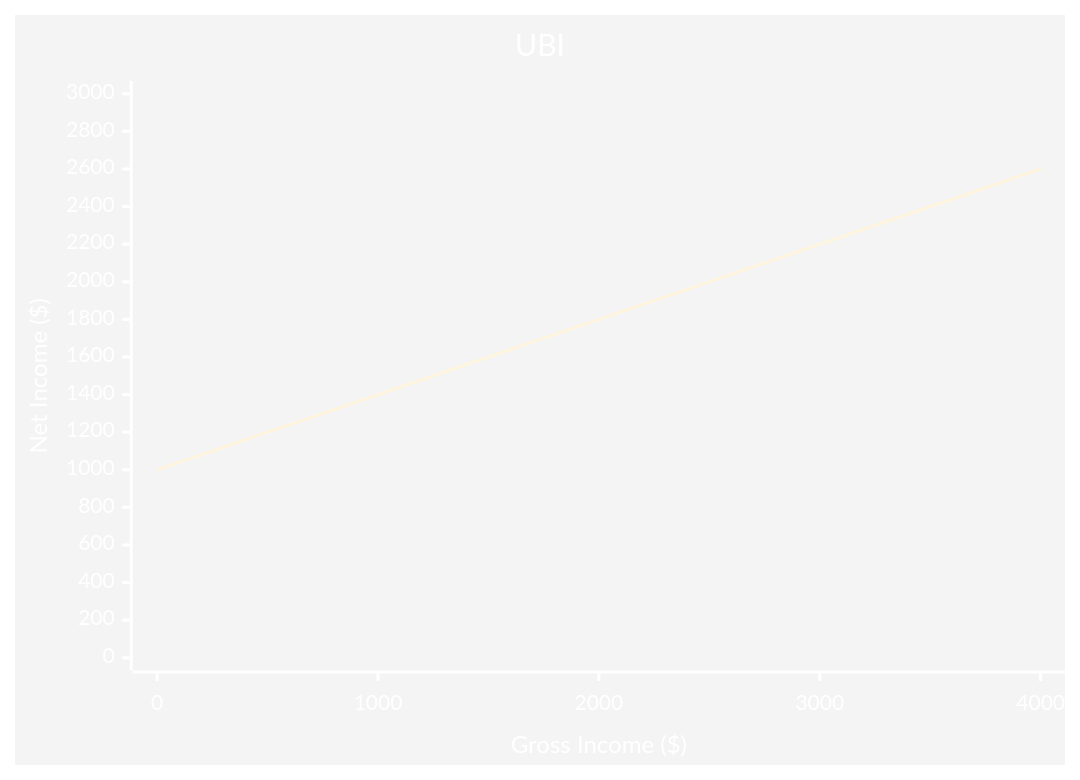
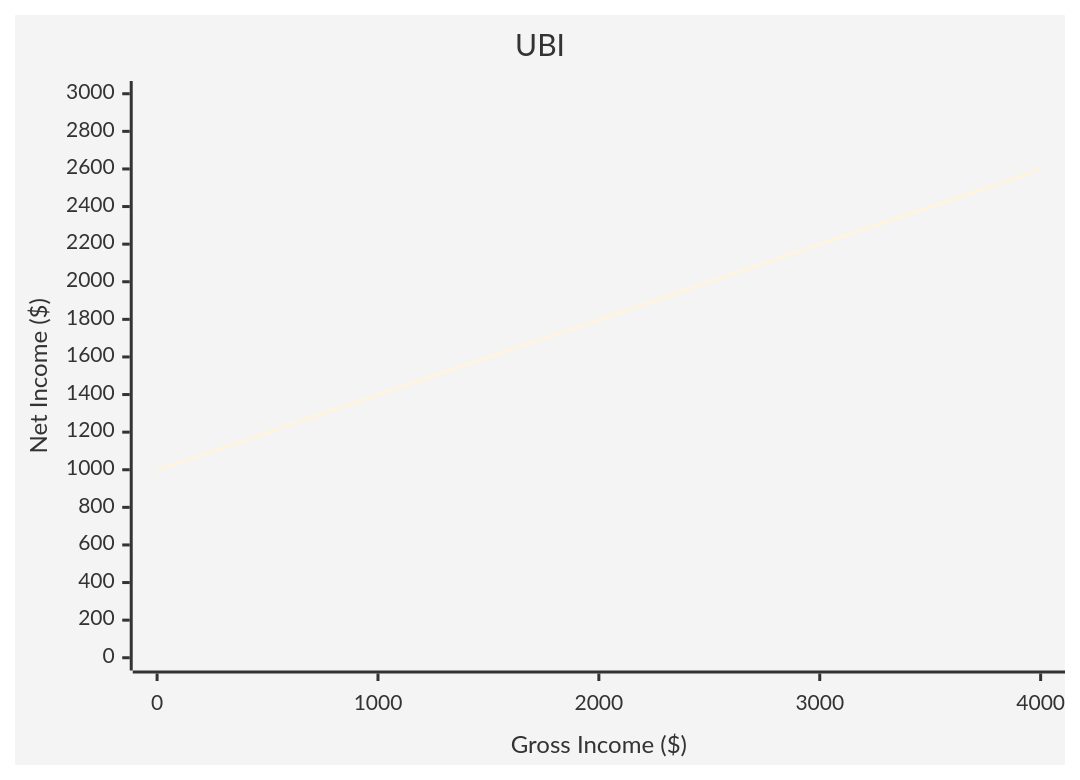
The third of 4 diagrams in notes/economy/justice.md (sergey-shandar/public), drawn with Mermaid before and after one commit. The commit also changed other lines of this file, not shown here.

Commit message:
Based on the git diff, I can see that color theming was added to the Mermaid charts in the justice.md file. Each chart now has a `%%{init: {"theme": "base", "themeVariables": {"primaryColor": "#<color>"}}}%%` directive with different colors.

````diff
--- a/notes/economy/justice.md
+++ b/notes/economy/justice.md
@@ -40,8 +40,8 @@
 ```mermaid
-%%{init: {'theme':'base', 'themeVariables': {'primaryColor':'#45b7d1', 'primaryTextColor':'#fff', 'primaryBorderColor':'#45b7d1', 'lineColor':'#5490cc', 'secondaryColor':'#ffda79', 'tertiaryColor':'#fff'}}}%%
+%%{init: {"theme": "base", "themeVariables": {"primaryColor": "#45b7d1"}}}%%
 xychart-beta
     title "UBI"
     x-axis "Gross Income ($)" [0, 1000, 2000, 3000, 4000]
     y-axis "Net Income ($)" 0 --> 3000
-    line "Net Income with UBI" [1000, 1400, 1800, 2200, 2600]
+    line [1000, 1400, 1800, 2200, 2600]
 ```
````
